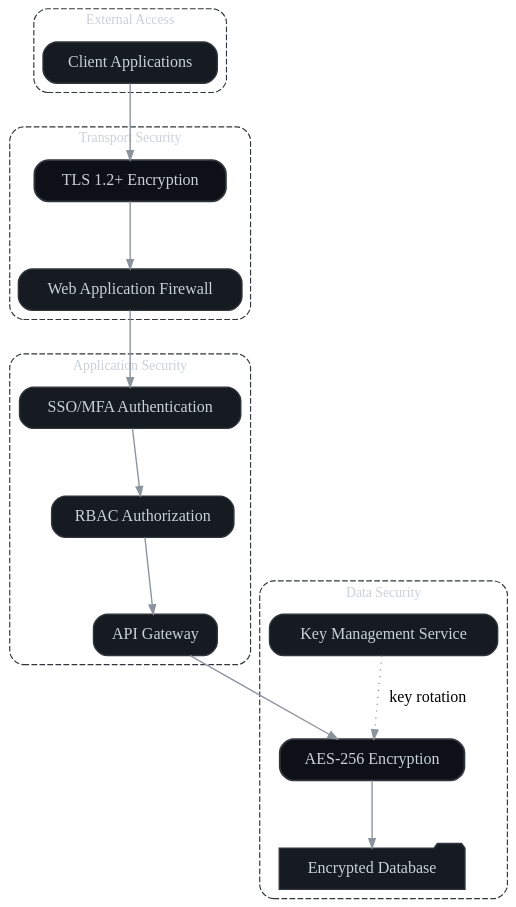
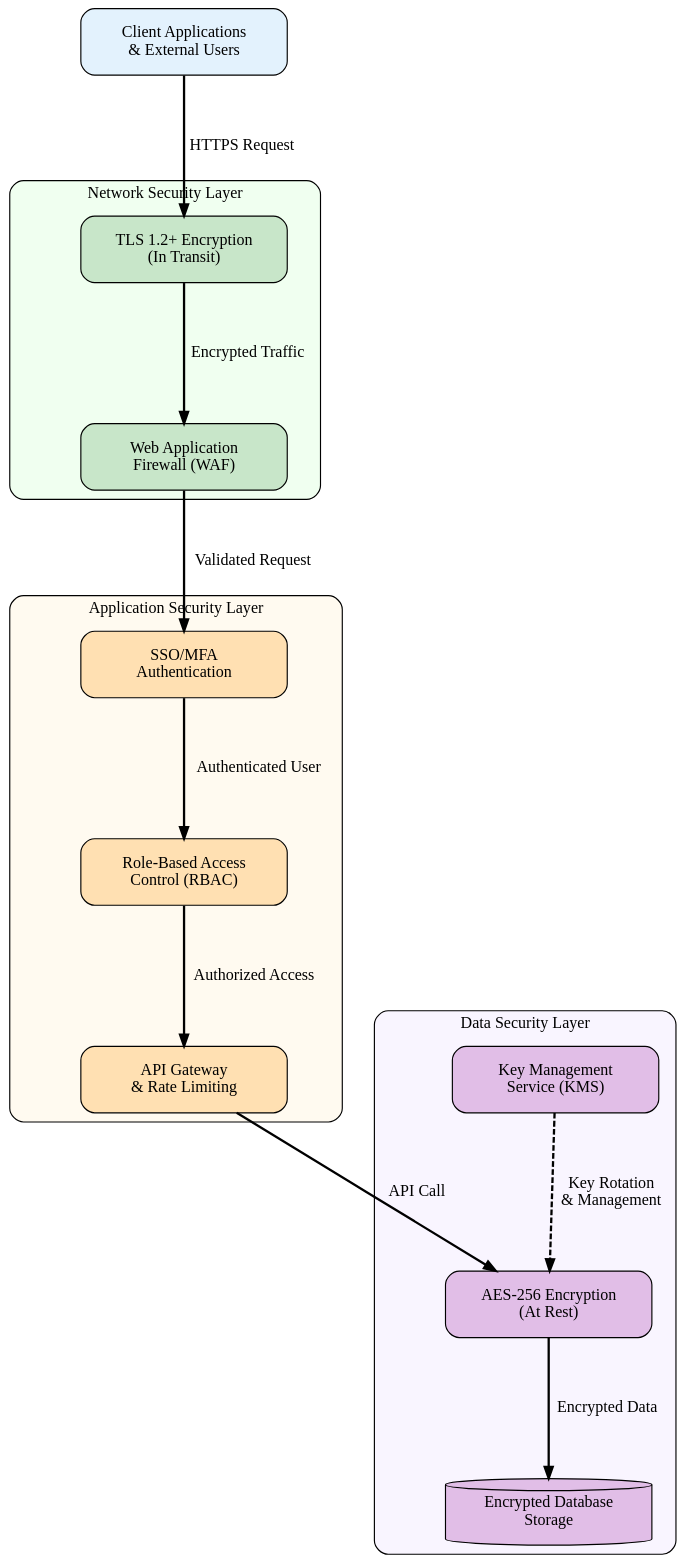
The diagram in software-guides/img/data-security-layers.dot (KorayErkan/tw-portfolio), drawn with Graphviz before and after one commit. The commit also changed 16 other files, not shown here.

Commit message:
Updated the Graphviz graphics files

```diff
--- a/software-guides/img/data-security-layers.dot
+++ b/software-guides/img/data-security-layers.dot
@@ -1,41 +1,60 @@
 digraph G {
-  graph [rankdir=TB, splines=true, bgcolor="transparent", nodesep=0.6, ranksep=0.8];
-  node  [shape=rounded, style="filled,rounded", fillcolor="#161b22", color="#30363d", fontcolor="#c9d1d9", penwidth=1.2];
-  edge  [color="#8b949e", arrowsize=0.8, penwidth=1.2];
+  graph [rankdir=TB, splines=false, bgcolor="transparent", nodesep=2.0, ranksep=1.5];
+  node [shape=box, style="rounded,filled", fontname="Calibri", fontsize=14, width=2.5, height=0.8];
+  edge [arrowsize=1.0, penwidth=2, fontname="Calibri", fontsize=14];
 
-  subgraph cluster_external {
-    label="External Access";
-    labelloc="t"; fontsize=12;
-    color="#30363d"; fontcolor="#c9d1d9"; style="rounded,dashed";
-    client [label="Client Applications"];
+  // Security Layers - Top to Bottom
+
+  // Layer 1: External Access
+  external [label="Client Applications\n& External Users", fillcolor="#e3f2fd"];
+
+  // Layer 2: Network Security
+  subgraph cluster_network {
+    label="Network Security Layer";
+    style="rounded,filled";
+    fillcolor="#f0fff0";
+    fontname="Calibri";
+    fontsize=14;
+
+    tls [label="TLS 1.2+ Encryption\n(In Transit)", fillcolor="#c8e6c9"];
+    firewall [label="Web Application\nFirewall (WAF)", fillcolor="#c8e6c9"];
   }
 
-  subgraph cluster_transport {
-    label="Transport Security";
-    labelloc="t"; fontsize=12;
-    color="#30363d"; fontcolor="#c9d1d9"; style="rounded,dashed";
-    tls [label="TLS 1.2+ Encryption", fillcolor="#0d1117", penwidth=1.6];
-    waf [label="Web Application Firewall"];
+  // Layer 3: Application Security
+  subgraph cluster_application {
+    label="Application Security Layer";
+    style="rounded,filled";
+    fillcolor="#fffaf0";
+    fontname="Calibri";
+    fontsize=14;
+
+    authentication [label="SSO/MFA\nAuthentication", fillcolor="#ffe0b2"];
+    authorization [label="Role-Based Access\nControl (RBAC)", fillcolor="#ffe0b2"];
+    gateway [label="API Gateway\n& Rate Limiting", fillcolor="#ffe0b2"];
   }
 
-  subgraph cluster_application {
-    label="Application Security";
-    labelloc="t"; fontsize=12;
-    color="#30363d"; fontcolor="#c9d1d9"; style="rounded,dashed";
-    auth [label="SSO/MFA Authentication"];
-    rbac [label="RBAC Authorization"];
-    api [label="API Gateway"];
+  // Layer 4: Data Security
+  subgraph cluster_data {
+    label="Data Security Layer";
+    style="rounded,filled";
+    fillcolor="#f9f5ff";
+    fontname="Calibri";
+    fontsize=14;
+
+    encryption [label="AES-256 Encryption\n(At Rest)", fillcolor="#e1bee7"];
+    keys [label="Key Management\nService (KMS)", fillcolor="#e1bee7"];
+    database [label="Encrypted Database\nStorage", fillcolor="#e1bee7", shape=cylinder];
   }
 
-  subgraph cluster_data {
-    label="Data Security";
-    labelloc="t"; fontsize=12;
-    color="#30363d"; fontcolor="#c9d1d9"; style="rounded,dashed";
-    encrypt [label="AES-256 Encryption", fillcolor="#0d1117", penwidth=1.6];
-    kms [label="Key Management Service"];
-    db [label="Encrypted Database", shape=folder];
-  }
+  // Flow through security layers
+  external -> tls [label="HTTPS Request"];
+  tls -> firewall [label="Encrypted Traffic"];
+  firewall -> authentication [label="Validated Request"];
+  authentication -> authorization [label="Authenticated User"];
+  authorization -> gateway [label="Authorized Access"];
+  gateway -> encryption [label="API Call"];
+  encryption -> database [label="Encrypted Data"];
 
-  client -> tls -> waf -> auth -> rbac -> api -> encrypt -> db;
-  kms -> encrypt [label="key rotation", style=dotted];
+  // Key management
+  keys -> encryption [label="Key Rotation\n& Management", style=dashed];
 }
```
